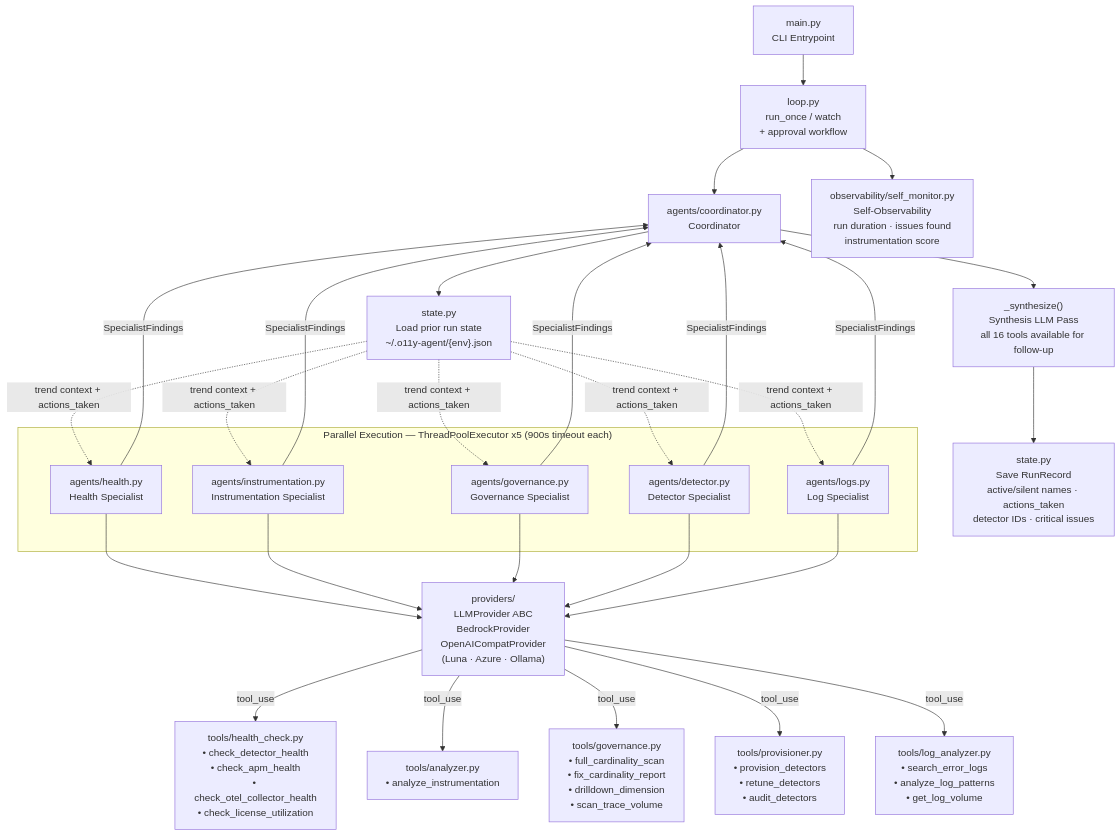
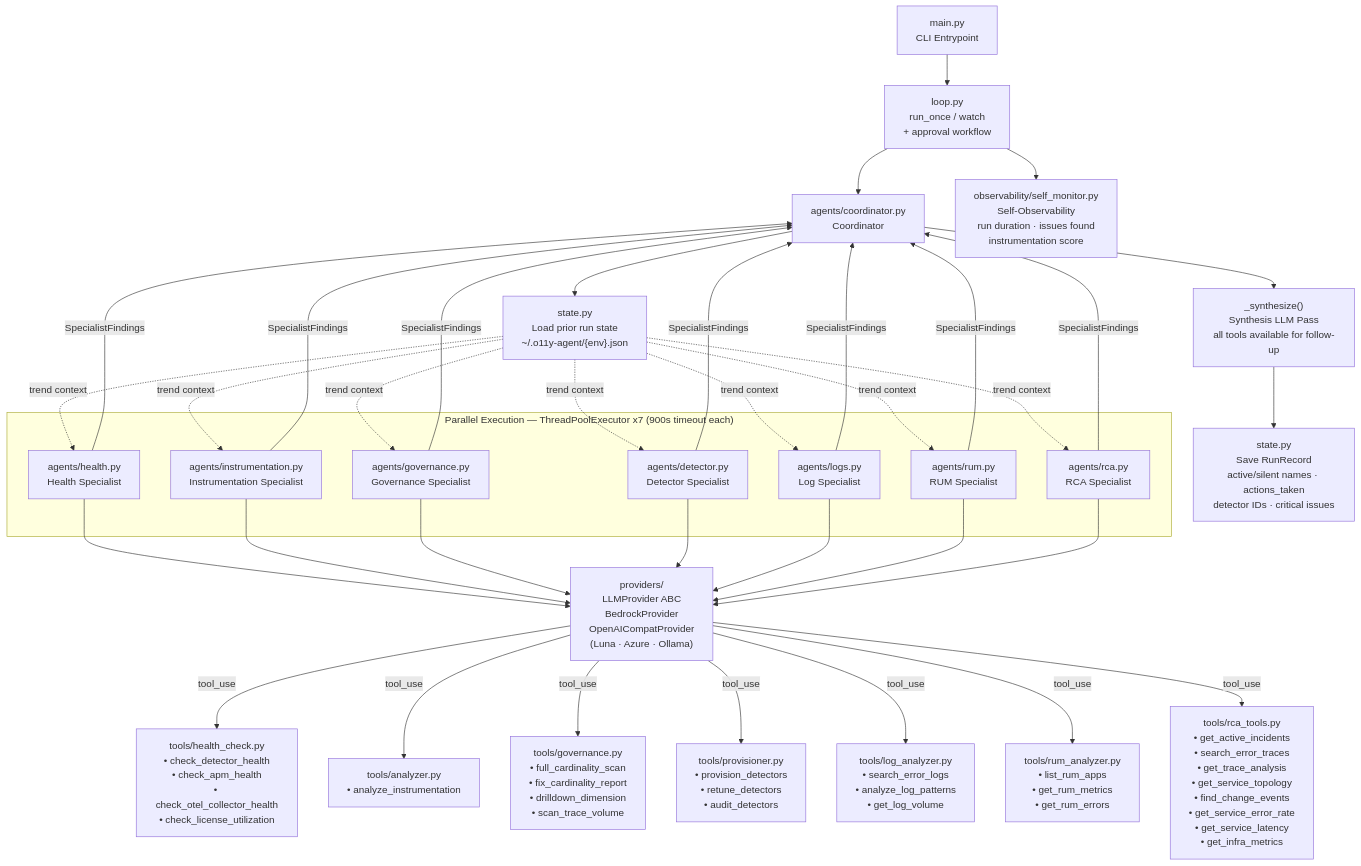
Before and after one commit to mqbui1/autonomous-o11y-agent: the first of 2 diagrams in README.md, drawn with Mermaid. The commit also changed other lines of this file, not shown here.

First line of the commit message:
docs: update README for RCA/RUM agents and fix Mermaid parse error

````diff
--- a/README.md
+++ b/README.md
@@ -22,62 +22,76 @@
 ```mermaid
 flowchart TD
     CLI["main.py\nCLI Entrypoint"]
     LOOP["loop.py\nrun_once / watch\n+ approval workflow"]
     COORD["agents/coordinator.py\nCoordinator"]
     STATE_IN["state.py\nLoad prior run state\n~/.o11y-agent/{env}.json"]
     STATE_OUT["state.py\nSave RunRecord\nactive/silent names · actions_taken\ndetector IDs · critical issues"]
     MON["observability/self_monitor.py\nSelf-Observability\nrun duration · issues found\ninstrumentation score"]
 
     HEALTH["agents/health.py\nHealth Specialist"]
     INSTR["agents/instrumentation.py\nInstrumentation Specialist"]
     GOV["agents/governance.py\nGovernance Specialist"]
     DET["agents/detector.py\nDetector Specialist"]
     LOGS["agents/logs.py\nLog Specialist"]
+    RUM["agents/rum.py\nRUM Specialist"]
+    RCA["agents/rca.py\nRCA Specialist"]
 
-    SYNTH["_synthesize()\nSynthesis LLM Pass\nall 16 tools available for follow-up"]
+    SYNTH["_synthesize()\nSynthesis LLM Pass\nall tools available for follow-up"]
 
     T_HEALTH["tools/health_check.py\n• check_detector_health\n• check_apm_health\n• check_otel_collector_health\n• check_license_utilization"]
     T_INSTR["tools/analyzer.py\n• analyze_instrumentation"]
     T_GOV["tools/governance.py\n• full_cardinality_scan\n• fix_cardinality_report\n• drilldown_dimension\n• scan_trace_volume"]
     T_DET["tools/provisioner.py\n• provision_detectors\n• retune_detectors\n• audit_detectors"]
     T_LOGS["tools/log_analyzer.py\n• search_error_logs\n• analyze_log_patterns\n• get_log_volume"]
+    T_RUM["tools/rum_analyzer.py\n• list_rum_apps\n• get_rum_metrics\n• get_rum_errors"]
+    T_RCA["tools/rca_tools.py\n• get_active_incidents\n• search_error_traces\n• get_trace_analysis\n• get_service_topology\n• find_change_events\n• get_service_error_rate\n• get_service_latency\n• get_infra_metrics"]
 
     PROV["providers/\nLLMProvider ABC\nBedrockProvider\nOpenAICompatProvider\n(Luna · Azure · Ollama)"]
 
     CLI --> LOOP --> COORD
     COORD --> STATE_IN
-    STATE_IN -.->|trend context + actions_taken| HEALTH
-    STATE_IN -.->|trend context + actions_taken| INSTR
-    STATE_IN -.->|trend context + actions_taken| GOV
-    STATE_IN -.->|trend context + actions_taken| DET
-    STATE_IN -.->|trend context + actions_taken| LOGS
+    STATE_IN -.->|trend context| HEALTH
+    STATE_IN -.->|trend context| INSTR
+    STATE_IN -.->|trend context| GOV
+    STATE_IN -.->|trend context| DET
+    STATE_IN -.->|trend context| LOGS
+    STATE_IN -.->|trend context| RUM
+    STATE_IN -.->|trend context| RCA
 
-    subgraph parallel ["Parallel Execution — ThreadPoolExecutor x5 (900s timeout each)"]
+    subgraph parallel ["Parallel Execution — ThreadPoolExecutor x7 (900s timeout each)"]
         HEALTH
         INSTR
         GOV
         DET
         LOGS
+        RUM
+        RCA
     end
 
     HEALTH --> PROV
     INSTR --> PROV
     GOV --> PROV
     DET --> PROV
     LOGS --> PROV
+    RUM --> PROV
+    RCA --> PROV
 
     PROV -->|tool_use| T_HEALTH
     PROV -->|tool_use| T_INSTR
     PROV -->|tool_use| T_GOV
     PROV -->|tool_use| T_DET
     PROV -->|tool_use| T_LOGS
+    PROV -->|tool_use| T_RUM
+    PROV -->|tool_use| T_RCA
 
     HEALTH -->|SpecialistFindings| COORD
     INSTR -->|SpecialistFindings| COORD
     GOV -->|SpecialistFindings| COORD
     DET -->|SpecialistFindings| COORD
     LOGS -->|SpecialistFindings| COORD
+    RUM -->|SpecialistFindings| COORD
+    RCA -->|SpecialistFindings| COORD
 
     COORD --> SYNTH --> STATE_OUT
     LOOP --> MON
 ```
````
